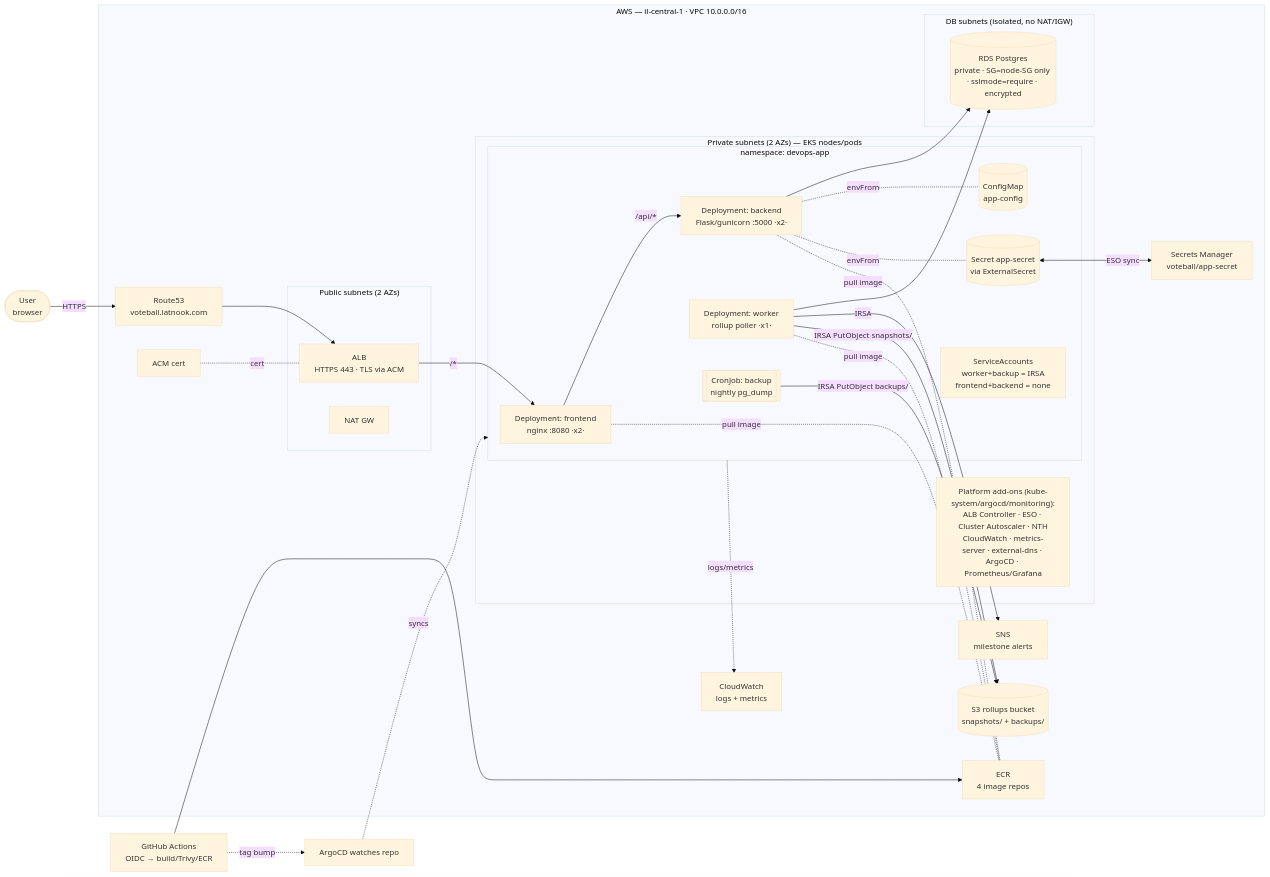
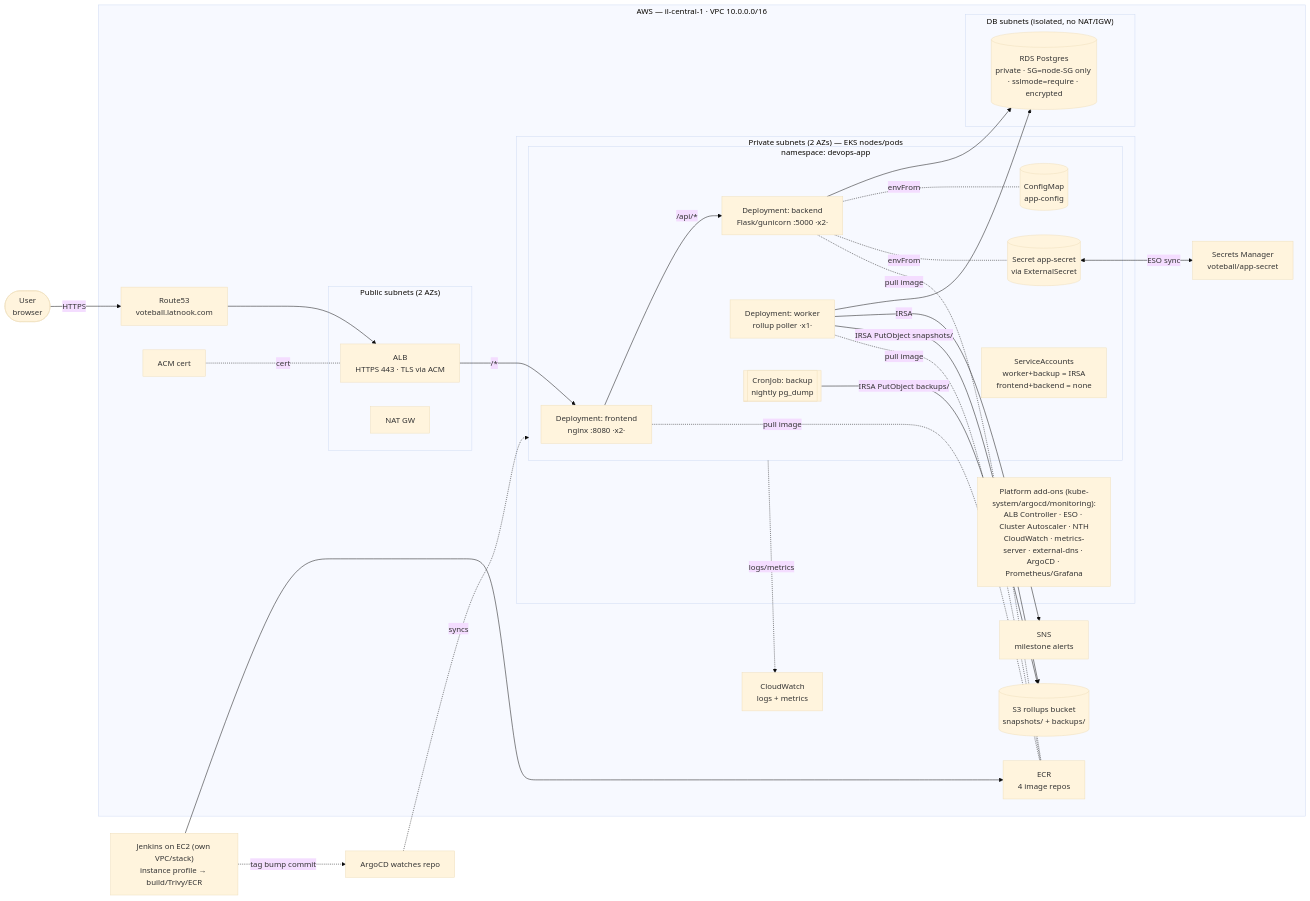
Before and after one commit to Latnook/voteball: the diagram in docs/eks/architecture.md, drawn with Mermaid (base theme). The commit also changed other lines of this file and 10 other files, not shown here.

````diff
--- a/docs/eks/architecture.md
+++ b/docs/eks/architecture.md
@@ -6,53 +6,53 @@
 ```mermaid
 flowchart LR
     user([User<br/>browser])
 
     subgraph AWS["AWS — il-central-1 · VPC 10.0.0.0/16"]
       dns[Route53<br/>voteball.latnook.com]
       acm[ACM cert]
 
       subgraph PUB["Public subnets (2 AZs)"]
         alb[ALB<br/>HTTPS 443 · TLS via ACM]
         nat[NAT GW]
       end
 
       subgraph PRIV["Private subnets (2 AZs) — EKS nodes/pods"]
         subgraph NS["namespace: devops-app"]
           fe[Deployment: frontend<br/>nginx :8080 ·x2·]
           be[Deployment: backend<br/>Flask/gunicorn :5000 ·x2·]
           wk[Deployment: worker<br/>rollup poller ·x1·]
           cron[[CronJob: backup<br/>nightly pg_dump]]
           cfg[(ConfigMap<br/>app-config)]
           sec[(Secret app-secret<br/>via ExternalSecret)]
           sa["ServiceAccounts<br/>worker+backup = IRSA<br/>frontend+backend = none"]
         end
         addons["Platform add-ons (kube-system/argocd/monitoring):<br/>ALB Controller · ESO · Cluster Autoscaler · NTH<br/>CloudWatch · metrics-server · external-dns · ArgoCD · Prometheus/Grafana"]
       end
 
       subgraph DBSUB["DB subnets (isolated, no NAT/IGW)"]
         rds[(RDS Postgres<br/>private · SG=node-SG only · sslmode=require · encrypted)]
       end
 
       sm[Secrets Manager<br/>voteball/app-secret]
       s3[(S3 rollups bucket<br/>snapshots/ + backups/)]
       sns[SNS<br/>milestone alerts]
       ecr[ECR<br/>4 image repos]
       cw[CloudWatch<br/>logs + metrics]
     end
 
-    gh[GitHub Actions<br/>OIDC → build/Trivy/ECR] --> ecr
-    gh -. tag bump .-> argocdsync[ArgoCD watches repo] -. syncs .-> NS
+    jenkins["Jenkins on EC2 (own VPC/stack)<br/>instance profile → build/Trivy/ECR"] --> ecr
+    jenkins -. tag bump commit .-> argocdsync[ArgoCD watches repo] -. syncs .-> NS
 
     user -->|HTTPS| dns --> alb
     acm -. cert .- alb
     alb -->|/*| fe -->|/api/*| be --> rds
     wk --> rds
     wk -->|IRSA| sns
     wk -->|IRSA PutObject snapshots/| s3
     cron -->|IRSA PutObject backups/| s3
     be -. envFrom .- cfg
     be -. envFrom .- sec
     sec <-->|ESO sync| sm
     fe & be & wk -. pull image .- ecr
     NS -. logs/metrics .-> cw
 ```
````
